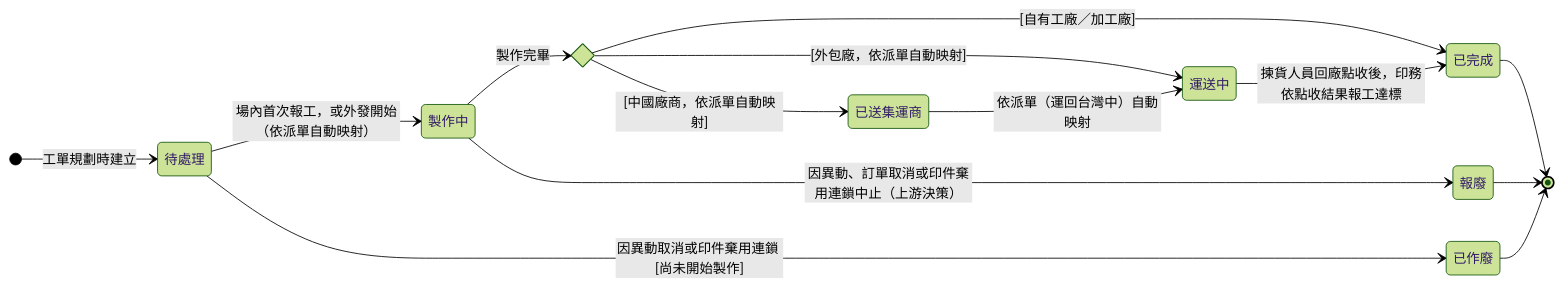
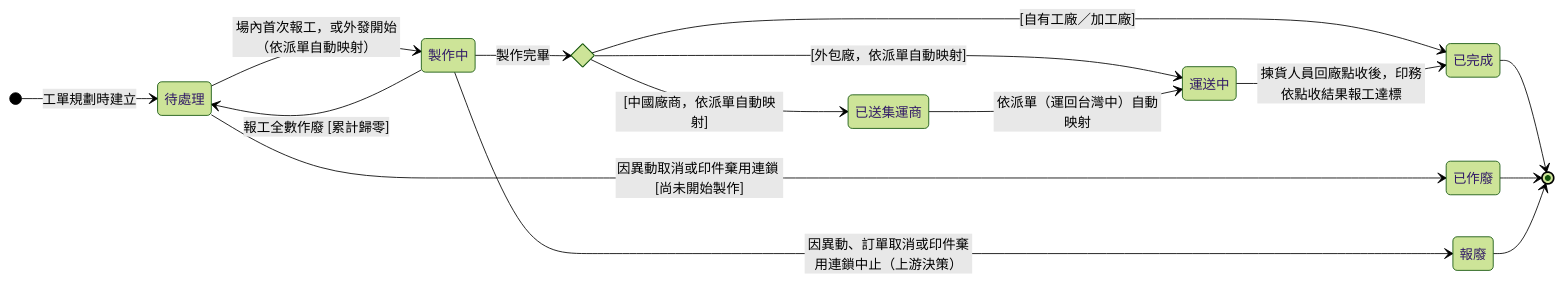
Before and after one commit to Kawato-Miles/erp-spec: the diagram in memory/Sens_wiki/wiki/erp/06-state-machines/生產任務狀態.md, drawn with Mermaid (forest theme). The commit also changed other lines of this file and 38 other files, not shown here.

````diff
--- a/memory/Sens_wiki/wiki/erp/06-state-machines/生產任務狀態.md
+++ b/memory/Sens_wiki/wiki/erp/06-state-machines/生產任務狀態.md
@@ -49,30 +49,32 @@
 ```mermaid
 stateDiagram-v2
     direction LR
 
     [*] --> s_pending : 工單規劃時建立
 
     state "待處理" as s_pending
     state "製作中" as s_making
     state "已送集運商" as s_consolidator
     state "運送中" as s_shipping
     state "已完成" as s_done
     state "已作廢" as s_void
     state "報廢" as s_scrap
     state route <<choice>>
 
     s_pending --> s_making : 場內首次報工，或外發開始（依派單自動映射）
     s_making --> route : 製作完畢
     route --> s_done : [自有工廠／加工廠]
     route --> s_shipping : [外包廠，依派單自動映射]
     route --> s_consolidator : [中國廠商，依派單自動映射]
     s_consolidator --> s_shipping : 依派單（運回台灣中）自動映射
     s_shipping --> s_done : 揀貨人員回廠點收後，印務依點收結果報工達標
 
+    s_making --> s_pending : 報工全數作廢 [累計歸零]
+
     s_pending --> s_void : 因異動取消或印件棄用連鎖 [尚未開始製作]
     s_making --> s_scrap : 因異動、訂單取消或印件棄用連鎖中止（上游決策）
 
     s_done --> [*]
     s_void --> [*]
     s_scrap --> [*]
 ```
````
